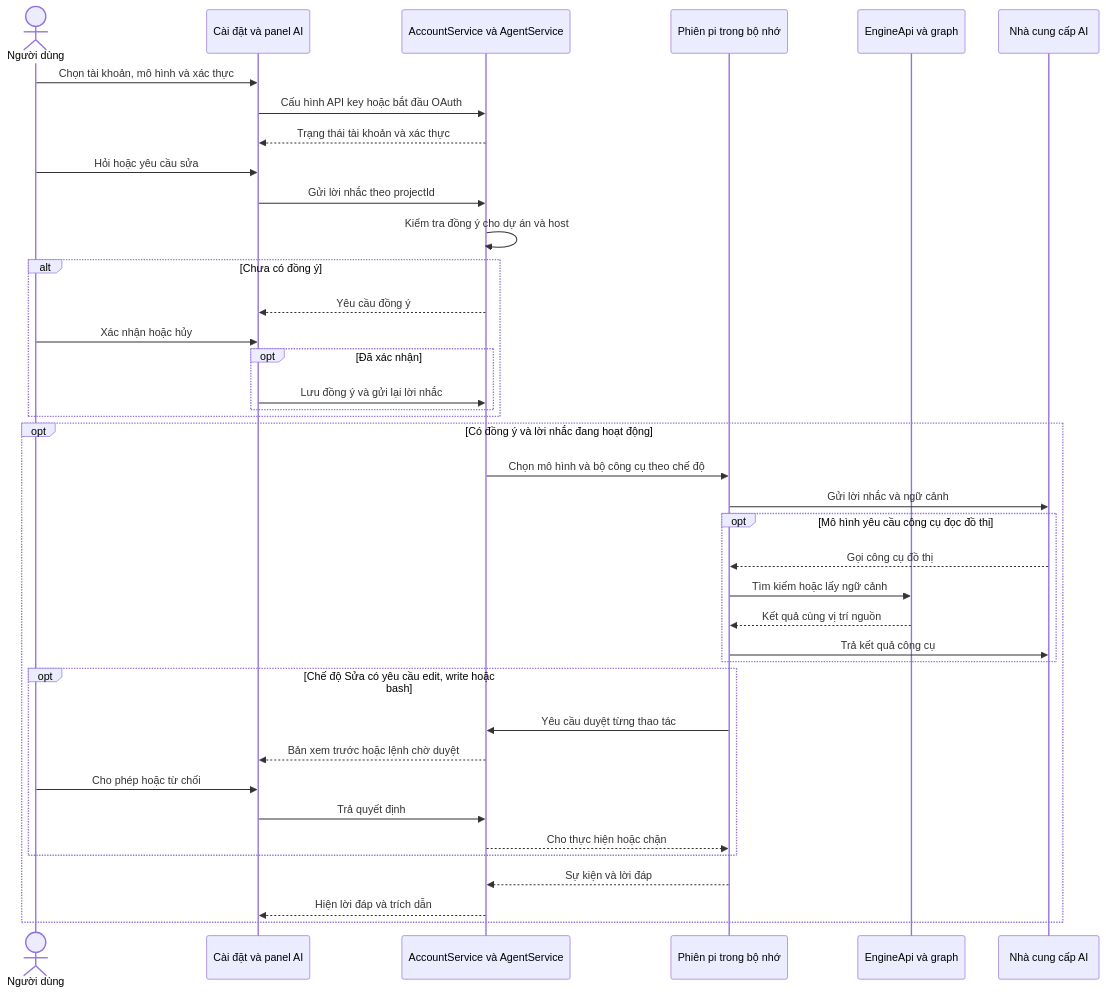
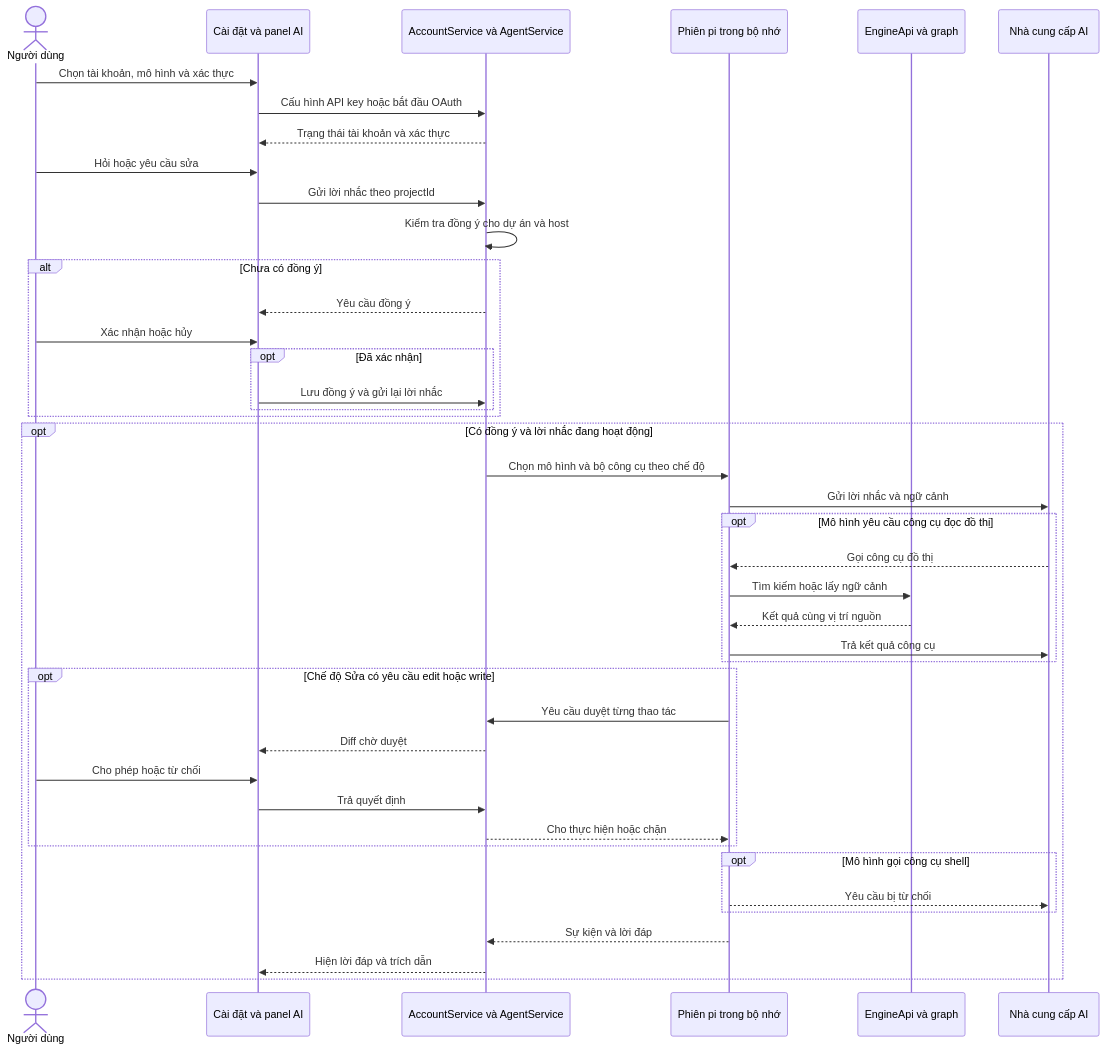
Before and after one commit to twotnguyen/nexgraph: the third of 3 diagrams in docs/srs/architecture.md, drawn with Mermaid. The commit also changed other lines of this file and 25 other files, not shown here.

````diff
--- a/docs/srs/architecture.md
+++ b/docs/srs/architecture.md
@@ -133,42 +133,45 @@
 ```mermaid
 sequenceDiagram
     actor User as Người dùng
     participant UI as Cài đặt và panel AI
     participant Host as AccountService và AgentService
     participant Pi as Phiên pi trong bộ nhớ
     participant API as EngineApi và graph
     participant Model as Nhà cung cấp AI
 
     User->>UI: Chọn tài khoản, mô hình và xác thực
     UI->>Host: Cấu hình API key hoặc bắt đầu OAuth
     Host-->>UI: Trạng thái tài khoản và xác thực
     User->>UI: Hỏi hoặc yêu cầu sửa
     UI->>Host: Gửi lời nhắc theo projectId
     Host->>Host: Kiểm tra đồng ý cho dự án và host
     alt Chưa có đồng ý
         Host-->>UI: Yêu cầu đồng ý
         User->>UI: Xác nhận hoặc hủy
         opt Đã xác nhận
             UI->>Host: Lưu đồng ý và gửi lại lời nhắc
         end
     end
     opt Có đồng ý và lời nhắc đang hoạt động
         Host->>Pi: Chọn mô hình và bộ công cụ theo chế độ
         Pi->>Model: Gửi lời nhắc và ngữ cảnh
         opt Mô hình yêu cầu công cụ đọc đồ thị
             Model-->>Pi: Gọi công cụ đồ thị
             Pi->>API: Tìm kiếm hoặc lấy ngữ cảnh
             API-->>Pi: Kết quả cùng vị trí nguồn
             Pi->>Model: Trả kết quả công cụ
         end
-        opt Chế độ Sửa có yêu cầu edit, write hoặc bash
+        opt Chế độ Sửa có yêu cầu edit hoặc write
             Pi->>Host: Yêu cầu duyệt từng thao tác
-            Host-->>UI: Bản xem trước hoặc lệnh chờ duyệt
+            Host-->>UI: Diff chờ duyệt
             User->>UI: Cho phép hoặc từ chối
             UI->>Host: Trả quyết định
             Host-->>Pi: Cho thực hiện hoặc chặn
+        end
+        opt Mô hình gọi công cụ shell
+            Pi-->>Model: Yêu cầu bị từ chối
         end
         Pi-->>Host: Sự kiện và lời đáp
         Host-->>UI: Hiện lời đáp và trích dẫn
     end
 ```
````
